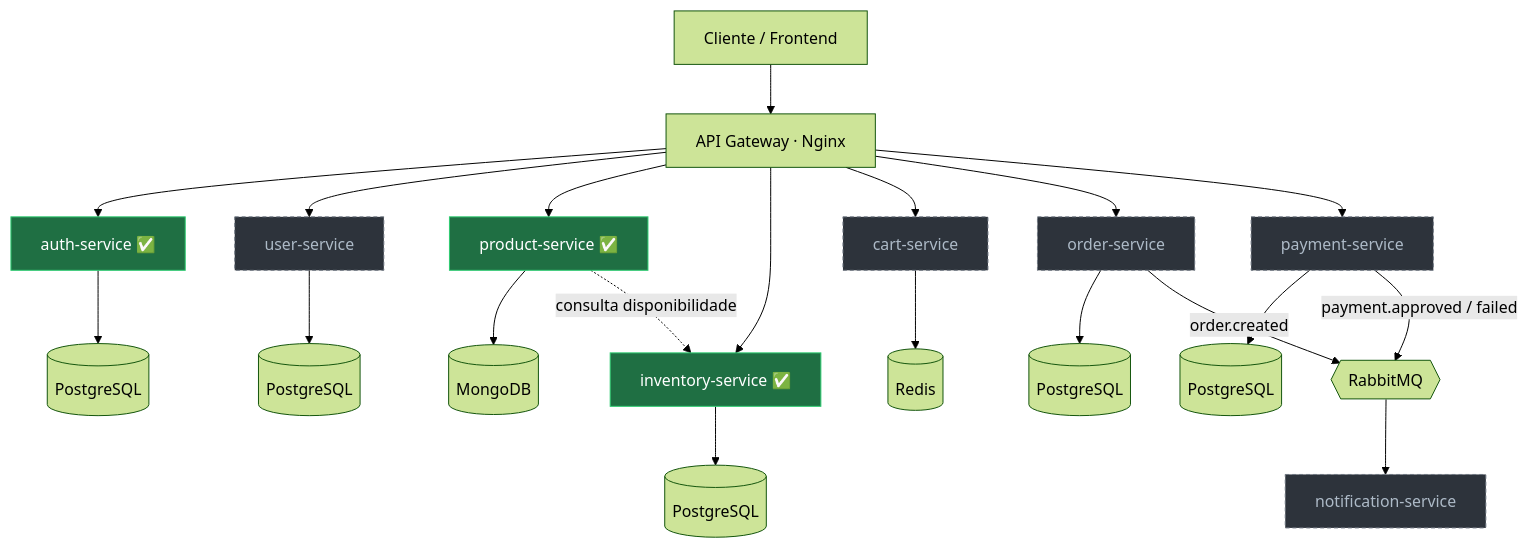
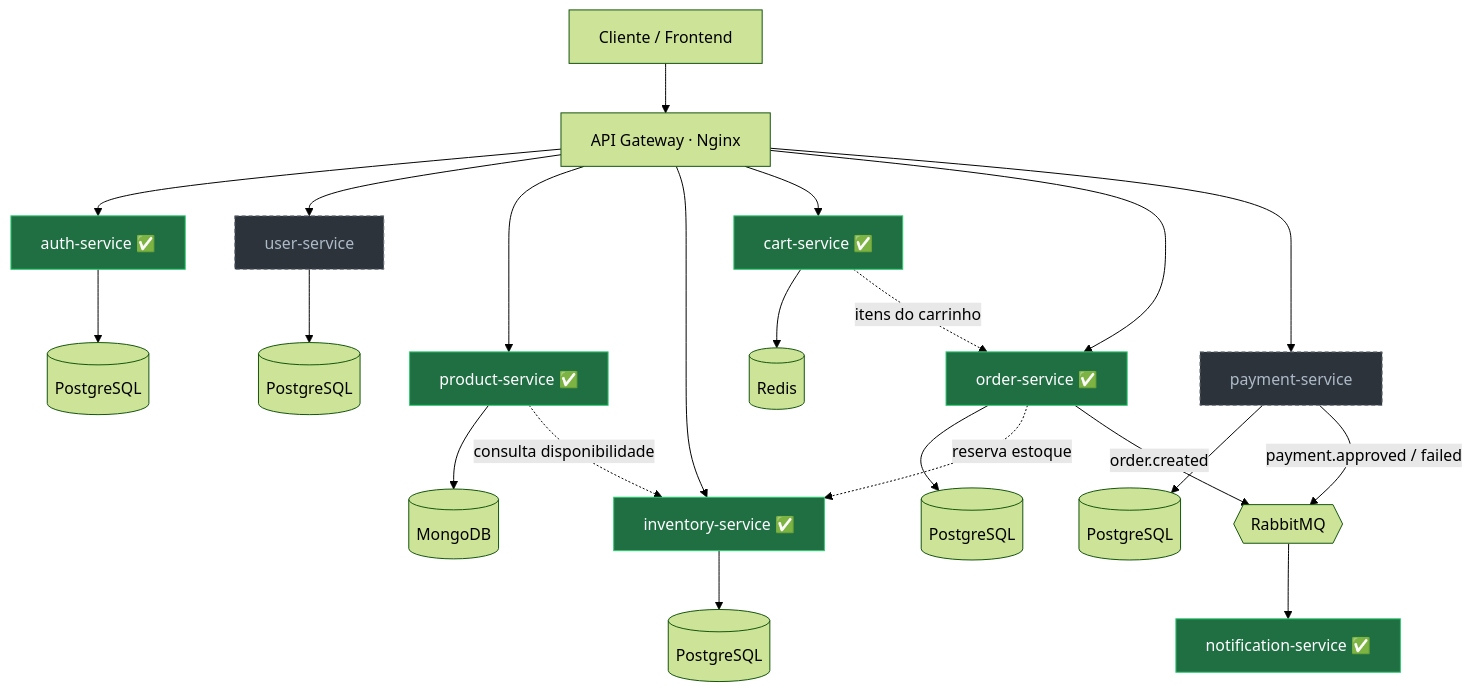
Before and after one commit to DaviMoraisdev/ecommerce-platform: the first of 3 diagrams in README.md, drawn with Mermaid (forest theme). The commit also changed other lines of this file, not shown here.

````diff
--- a/README.md
+++ b/README.md
@@ -66,31 +66,33 @@
 ```mermaid
 flowchart TD
     Cliente["Cliente / Frontend"] --> GW["API Gateway · Nginx"]
 
     GW --> Auth["auth-service ✅"]
     GW --> User["user-service"]
     GW --> Prod["product-service ✅"]
     GW --> Inv["inventory-service ✅"]
-    GW --> Cart["cart-service"]
-    GW --> Order["order-service"]
+    GW --> Cart["cart-service ✅"]
+    GW --> Order["order-service ✅"]
     GW --> Pay["payment-service"]
 
     Auth --> AuthDB[("PostgreSQL")]
     User --> UserDB[("PostgreSQL")]
     Prod --> ProdDB[("MongoDB")]
     Inv --> InvDB[("PostgreSQL")]
     Cart --> CartDB[("Redis")]
     Order --> OrderDB[("PostgreSQL")]
     Pay --> PayDB[("PostgreSQL")]
 
     Prod -. consulta disponibilidade .-> Inv
+    Cart -. itens do carrinho .-> Order
+    Order -. reserva estoque .-> Inv
 
     Order -->|order.created| MQ{{"RabbitMQ"}}
     Pay -->|payment.approved / failed| MQ
-    MQ --> Notif["notification-service"]
+    MQ --> Notif["notification-service ✅"]
 
     classDef done fill:#1f6f43,stroke:#2ecc71,color:#ffffff;
     classDef planned fill:#2d333b,stroke:#6e7681,color:#adbac7,stroke-dasharray: 4 3;
-    class Auth,Prod,Inv done;
-    class User,Cart,Order,Pay,Notif planned;
+    class Auth,Prod,Inv,Cart,Order,Notif done;
+    class User,Pay planned;
 ```
````
